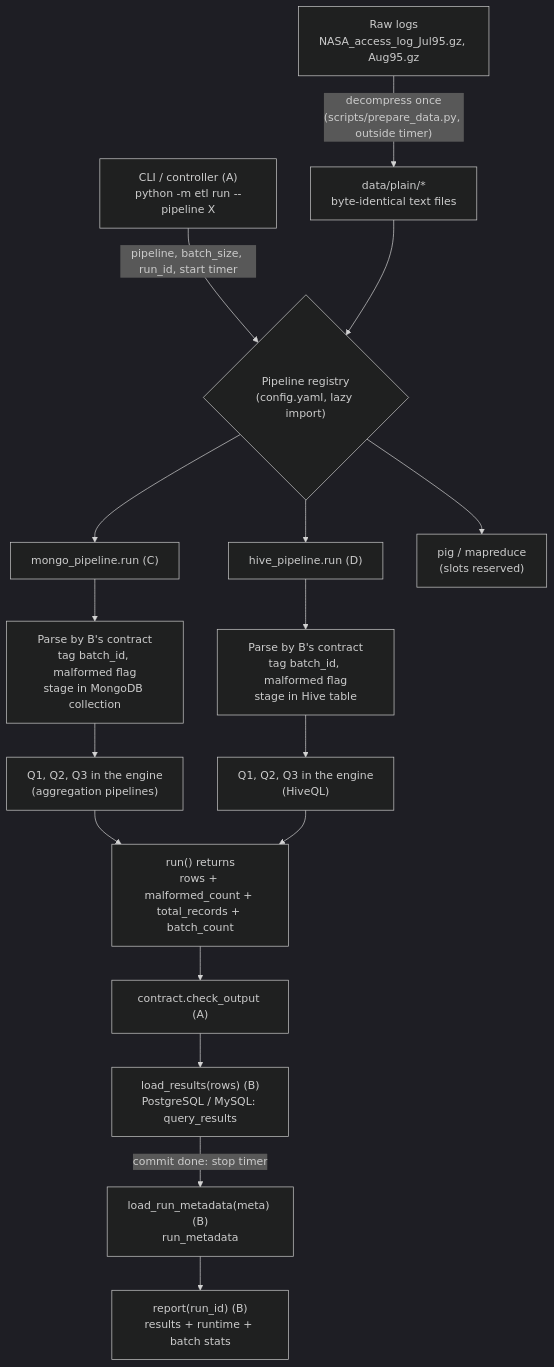
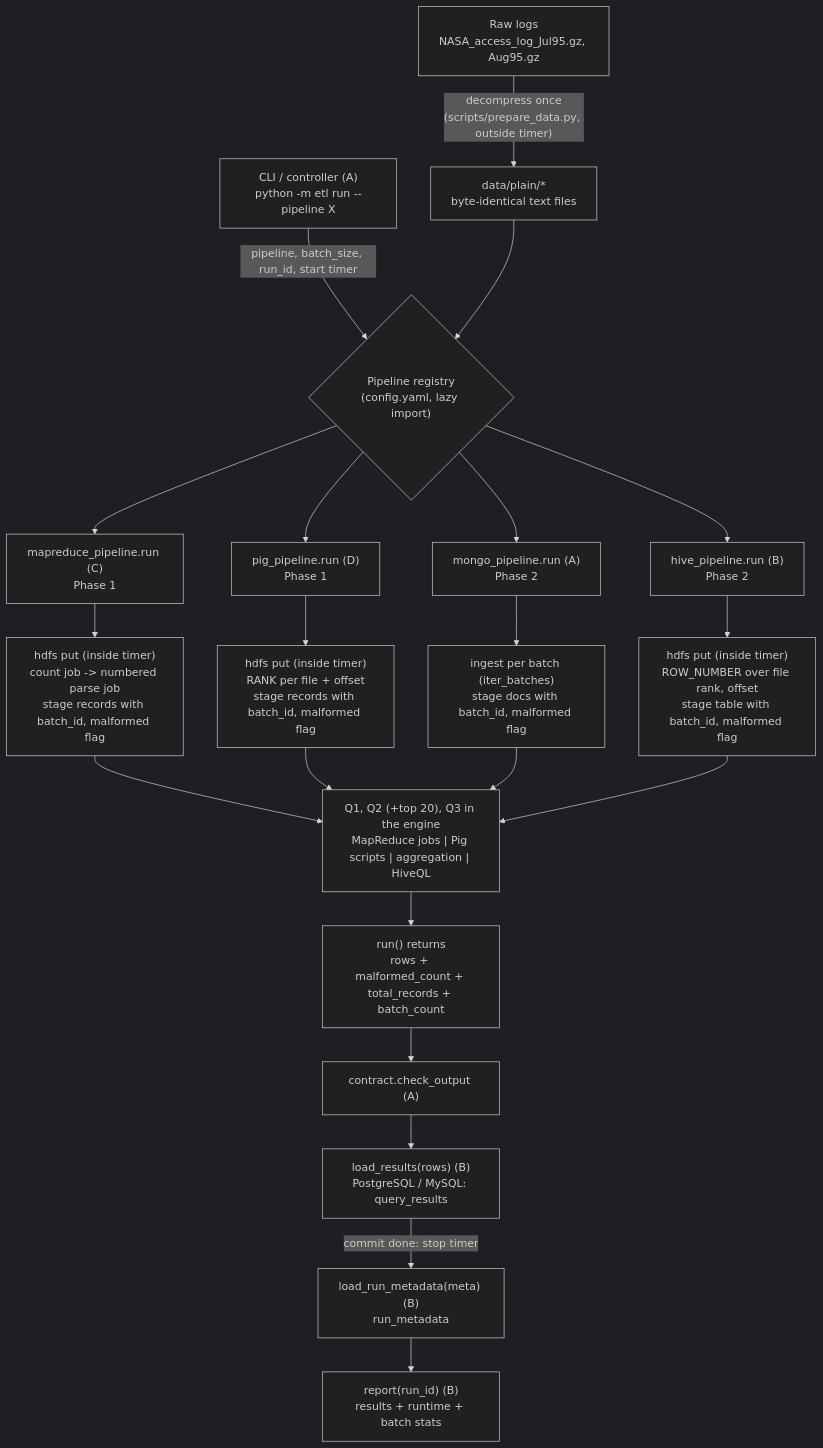
Before and after one commit to sparshagra/NoSQL_proj: the diagram in docs/architecture.md, drawn with Mermaid (dark theme). The commit also changed other lines of this file and 15 other files, not shown here.

First line of the commit message:
Switch Phase 1 to MapReduce + Pig; add Hadoop recipes and Phase 2 handoffs

````diff
--- a/docs/architecture.md
+++ b/docs/architecture.md
@@ -5,19 +7,23 @@
 ```mermaid
 flowchart TD
     RAW["Raw logs<br/>NASA_access_log_Jul95.gz, Aug95.gz"] -->|"decompress once<br/>(scripts/prepare_data.py, outside timer)"| PLAIN["data/plain/*<br/>byte-identical text files"]
     CLI["CLI / controller (A)<br/>python -m etl run --pipeline X"] -->|"pipeline, batch_size, run_id, start timer"| SEL{"Pipeline registry<br/>(config.yaml, lazy import)"}
     PLAIN --> SEL
-    SEL --> M["mongo_pipeline.run (C)"]
-    SEL --> H["hive_pipeline.run (D)"]
-    SEL --> P["pig / mapreduce<br/>(slots reserved)"]
-    M --> S1["Parse by B's contract<br/>tag batch_id, malformed flag<br/>stage in MongoDB collection"]
-    H --> S2["Parse by B's contract<br/>tag batch_id, malformed flag<br/>stage in Hive table"]
-    S1 --> Q1["Q1, Q2, Q3 in the engine<br/>(aggregation pipelines)"]
-    S2 --> Q2["Q1, Q2, Q3 in the engine<br/>(HiveQL)"]
-    Q1 --> OUT["run() returns<br/>rows + malformed_count + total_records + batch_count"]
-    Q2 --> OUT
+    SEL --> MR["mapreduce_pipeline.run (C)<br/>Phase 1"]
+    SEL --> PG["pig_pipeline.run (D)<br/>Phase 1"]
+    SEL --> MG["mongo_pipeline.run (A)<br/>Phase 2"]
+    SEL --> HV["hive_pipeline.run (B)<br/>Phase 2"]
+    MR --> CP1["hdfs put (inside timer)<br/>count job -> numbered parse job<br/>stage records with batch_id, malformed flag"]
+    PG --> CP2["hdfs put (inside timer)<br/>RANK per file + offset<br/>stage records with batch_id, malformed flag"]
+    MG --> CP3["ingest per batch (iter_batches)<br/>stage docs with batch_id, malformed flag"]
+    HV --> CP4["hdfs put (inside timer)<br/>ROW_NUMBER over file rank, offset<br/>stage table with batch_id, malformed flag"]
+    CP1 --> Q["Q1, Q2 (+top 20), Q3 in the engine<br/>MapReduce jobs | Pig scripts | aggregation | HiveQL"]
+    CP2 --> Q
+    CP3 --> Q
+    CP4 --> Q
+    Q --> OUT["run() returns<br/>rows + malformed_count + total_records + batch_count"]
     OUT --> CHK["contract.check_output (A)"]
     CHK --> LOAD["load_results(rows) (B)<br/>PostgreSQL / MySQL: query_results"]
     LOAD -->|"commit done: stop timer"| META["load_run_metadata(meta) (B)<br/>run_metadata"]
     META --> REP["report(run_id) (B)<br/>results + runtime + batch stats"]
 ```
````
